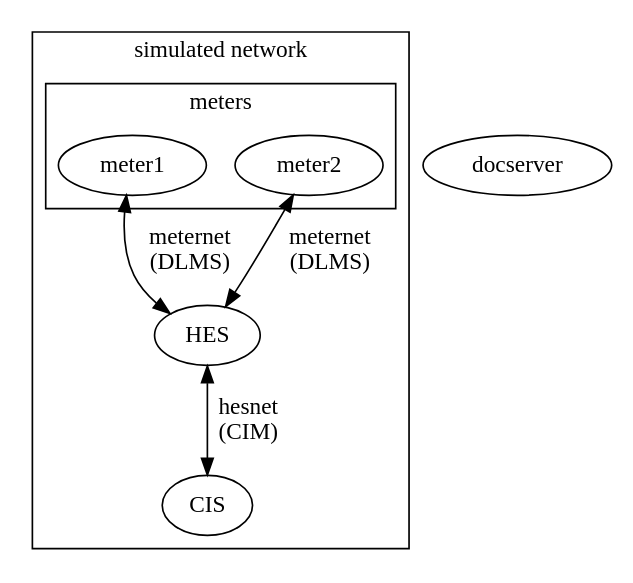
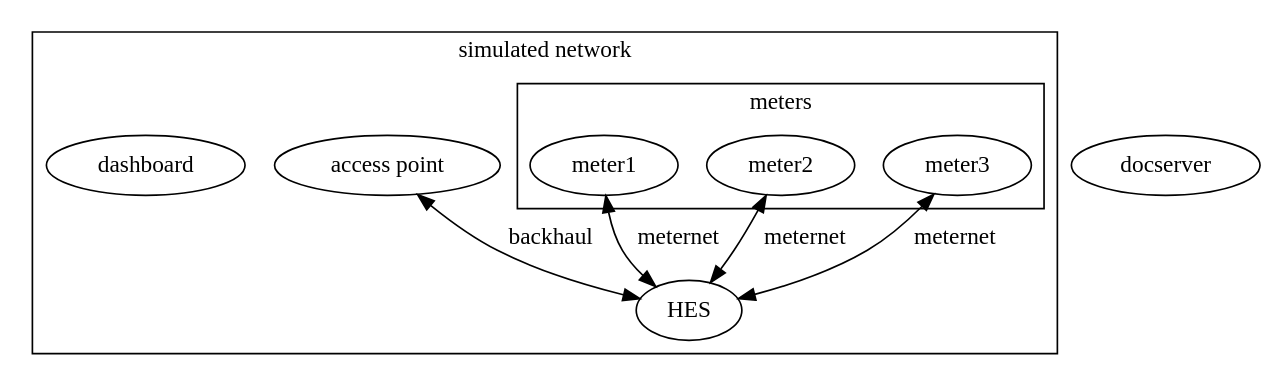
Before and after one commit to epri-dev/dlms-access-point: the diagram in src/doc/blocks.dot, drawn with Graphviz. The commit also changed 1 other file, not shown here.

```diff
--- a/src/doc/blocks.dot
+++ b/src/doc/blocks.dot
@@ -1,18 +1,21 @@
 graph blocks {
     edge [dir="both"];
     subgraph cluster_all {
         label = "simulated network";
         subgraph cluster_meters {
             label = "meters";
-            {rank=same meter1 meter2}
+            {rank=same meter1 meter2 meter3}
             meter1;
             meter2;
+            meter3;
         }
+        AP [label="access point"];
         HES;
-        CIS;
+        dashboard;
     }
     docserver;
-    meter1 -- HES [label="meternet\n(DLMS)"];
-    meter2 -- HES [label="meternet\n(DLMS)"];
-    HES -- CIS [label="hesnet\n(CIM)"];
+    meter1 -- HES [label="meternet"];
+    meter2 -- HES [label="meternet"];
+    meter3 -- HES [label="meternet"];
+    AP -- HES [label="backhaul"];
 }
```
